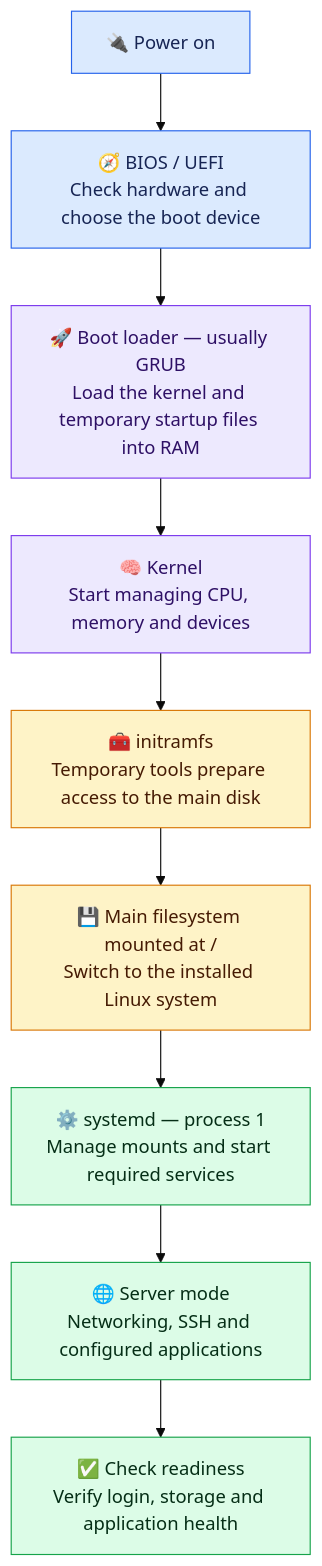
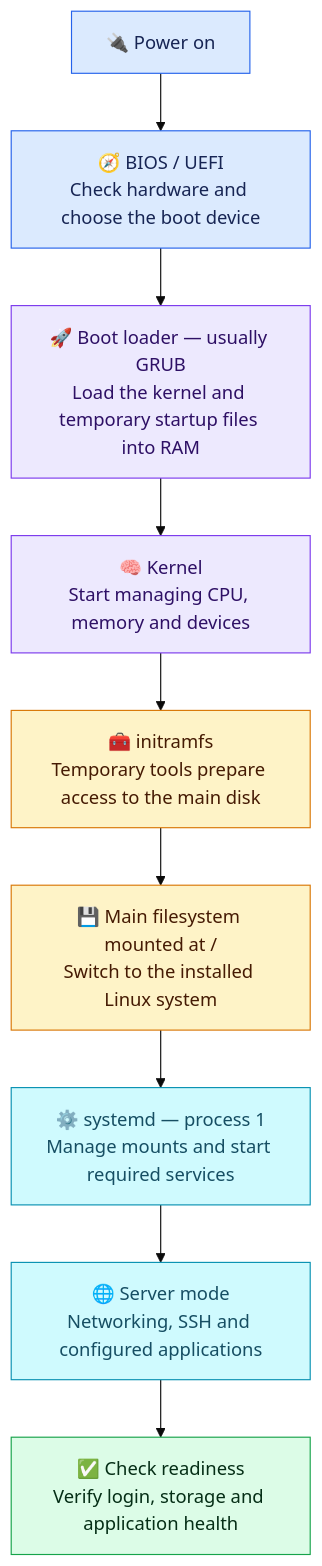
The diagram in Phase 1/linux/questions/Linux-Boot-Process.md (shamim-iq/Senior-DevOps-Interview-Prep), drawn with Mermaid (base theme) before and after one commit. The commit also changed 23 other files, not shown here.

Commit message:
Apply reusable colorful flowcharts across interview answers

````diff
--- a/Phase 1/linux/questions/Linux-Boot-Process.md
+++ b/Phase 1/linux/questions/Linux-Boot-Process.md
@@ -20,19 +20,22 @@
 ```mermaid
 flowchart TD
     A["🔌 Power on"] --> B["🧭 BIOS / UEFI<br/>Check hardware and choose the boot device"]
     B --> C["🚀 Boot loader — usually GRUB<br/>Load the kernel and temporary startup files into RAM"]
     C --> D["🧠 Kernel<br/>Start managing CPU, memory and devices"]
     D --> E["🧰 initramfs<br/>Temporary tools prepare access to the main disk"]
     E --> F["💾 Main filesystem mounted at /<br/>Switch to the installed Linux system"]
     F --> G["⚙️ systemd — process 1<br/>Manage mounts and start required services"]
     G --> H["🌐 Server mode<br/>Networking, SSH and configured applications"]
     H --> I["✅ Check readiness<br/>Verify login, storage and application health"]
-    classDef blue fill:#dbeafe,stroke:#2563eb,color:#172554;
-    classDef purple fill:#ede9fe,stroke:#7c3aed,color:#2e1065;
-    classDef amber fill:#fef3c7,stroke:#d97706,color:#451a03;
-    classDef green fill:#dcfce7,stroke:#16a34a,color:#052e16;
-    class A,B blue;
-    class C,D purple;
-    class E,F amber;
-    class G,H,I green;
+    classDef start fill:#dbeafe,stroke:#2563eb,color:#172554;
+    classDef inspect fill:#ede9fe,stroke:#7c3aed,color:#2e1065;
+    classDef decision fill:#fef3c7,stroke:#d97706,color:#451a03;
+    classDef action fill:#cffafe,stroke:#0891b2,color:#164e63;
+    classDef success fill:#dcfce7,stroke:#16a34a,color:#052e16;
+    classDef caution fill:#ffe4e6,stroke:#e11d48,color:#4c0519;
+    class A,B start;
+    class C,D inspect;
+    class E,F decision;
+    class G,H action;
+    class I success;
 ```
````
